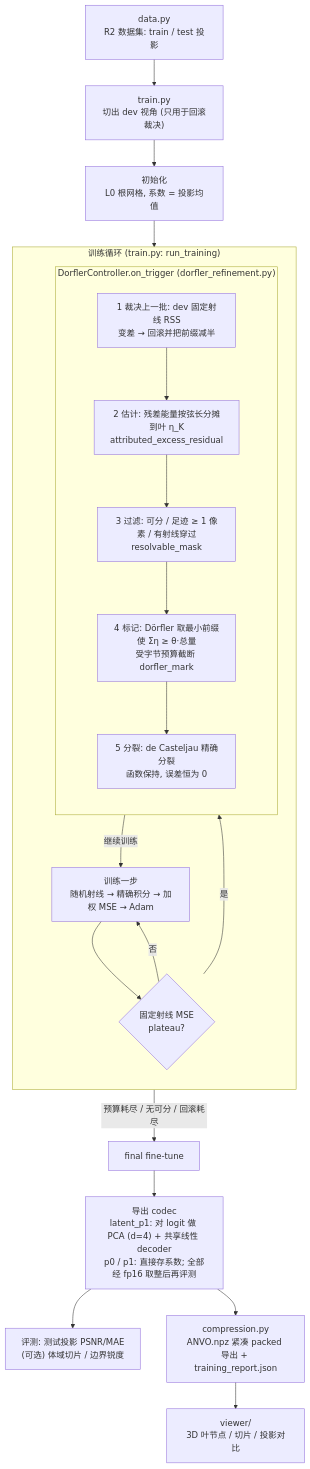
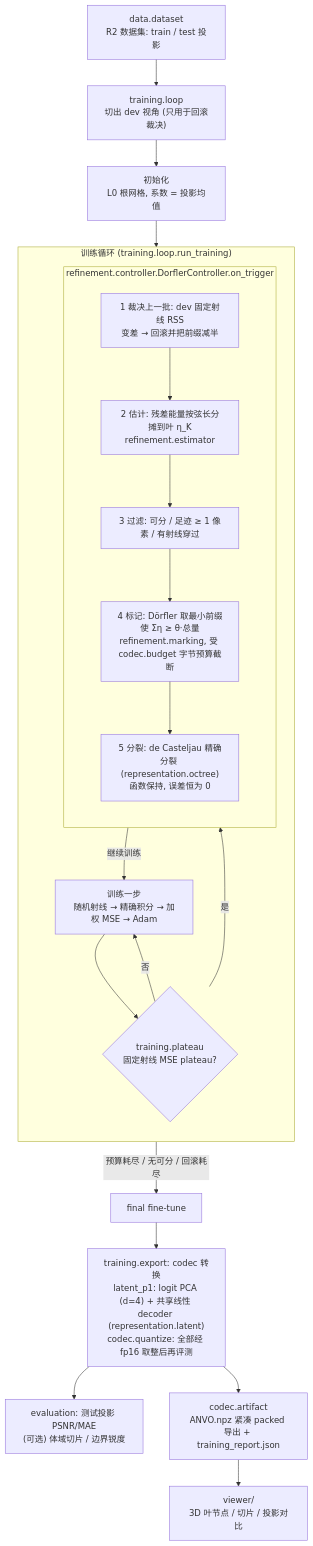
The diagram in docs/architecture.md (DeruL0/adaptive-ct-framework), drawn with Mermaid before and after one commit. The commit also changed other lines of this file and 84 other files, not shown here.

````diff
--- a/docs/architecture.md
+++ b/docs/architecture.md
@@ -8,32 +45,32 @@
 ```mermaid
 flowchart TD
-    DATA["data.py<br/>R2 数据集: train / test 投影"] --> SPLIT["train.py<br/>切出 dev 视角 (只用于回滚裁决)"]
+    DATA["data.dataset<br/>R2 数据集: train / test 投影"] --> SPLIT["training.loop<br/>切出 dev 视角 (只用于回滚裁决)"]
     SPLIT --> INIT["初始化<br/>L0 根网格, 系数 = 投影均值"]
     INIT --> LOOP
 
-    subgraph LOOP["训练循环 (train.py: run_training)"]
+    subgraph LOOP["训练循环 (training.loop.run_training)"]
         direction TB
         STEP["训练一步<br/>随机射线 → 精确积分 → 加权 MSE → Adam"]
-        PLATEAU{"固定射线 MSE<br/>plateau?"}
+        PLATEAU{"training.plateau<br/>固定射线 MSE plateau?"}
         STEP --> PLATEAU
         PLATEAU -- 否 --> STEP
         PLATEAU -- 是 --> CTRL
     end
 
-    subgraph CTRL["DorflerController.on_trigger (dorfler_refinement.py)"]
+    subgraph CTRL["refinement.controller.DorflerController.on_trigger"]
         direction TB
         V["1 裁决上一批: dev 固定射线 RSS<br/>变差 → 回滚并把前缀减半"]
-        E["2 估计: 残差能量按弦长分摊到叶 η_K<br/>attributed_excess_residual"]
-        F["3 过滤: 可分 / 足迹 ≥ 1 像素 / 有射线穿过<br/>resolvable_mask"]
-        M["4 标记: Dörfler 取最小前缀使 Ση ≥ θ·总量<br/>受字节预算截断 dorfler_mark"]
-        S["5 分裂: de Casteljau 精确分裂<br/>函数保持, 误差恒为 0"]
+        E["2 估计: 残差能量按弦长分摊到叶 η_K<br/>refinement.estimator"]
+        F["3 过滤: 可分 / 足迹 ≥ 1 像素 / 有射线穿过"]
+        M["4 标记: Dörfler 取最小前缀使 Ση ≥ θ·总量<br/>refinement.marking, 受 codec.budget 字节预算截断"]
+        S["5 分裂: de Casteljau 精确分裂 (representation.octree)<br/>函数保持, 误差恒为 0"]
         V --> E --> F --> M --> S
     end
 
     CTRL -- "继续训练" --> STEP
     CTRL -- "预算耗尽 / 无可分 / 回滚耗尽" --> DONE["final fine-tune"]
-    DONE --> CODEC["导出 codec<br/>latent_p1: 对 logit 做 PCA (d=4) + 共享线性 decoder<br/>p0 / p1: 直接存系数; 全部经 fp16 取整后再评测"]
-    CODEC --> EVAL["评测: 测试投影 PSNR/MAE<br/>(可选) 体域切片 / 边界锐度"]
-    CODEC --> EXPORT["compression.py<br/>ANVO.npz 紧凑 packed 导出 + training_report.json"]
+    DONE --> CODEC["training.export: codec 转换<br/>latent_p1: logit PCA (d=4) + 共享线性 decoder (representation.latent)<br/>codec.quantize: 全部经 fp16 取整后再评测"]
+    CODEC --> EVAL["evaluation: 测试投影 PSNR/MAE<br/>(可选) 体域切片 / 边界锐度"]
+    CODEC --> EXPORT["codec.artifact<br/>ANVO.npz 紧凑 packed 导出 + training_report.json"]
     EXPORT --> VIEWER["viewer/<br/>3D 叶节点 / 切片 / 投影对比"]
 ```
````
